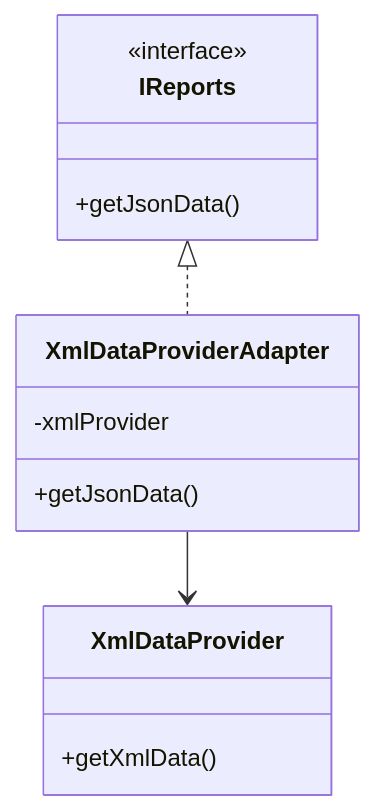
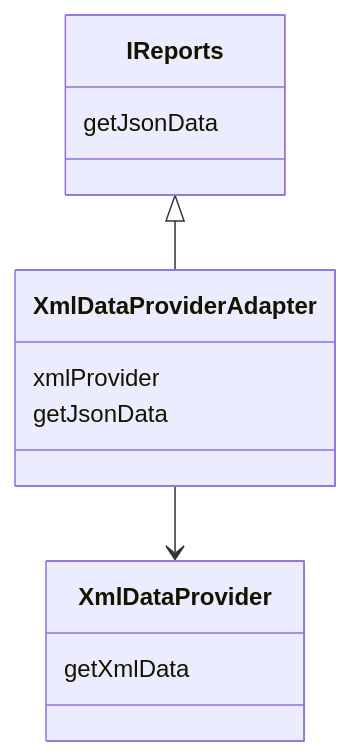
The sixth of 7 diagrams in src/content/lld-adapter-design-pattern.md (gojosatoru123-ux/CacheU), drawn with Mermaid before and after one commit. The commit also changed other lines of this file and 21 other files, not shown here.

````diff
--- a/src/content/lld-adapter-design-pattern.md
+++ b/src/content/lld-adapter-design-pattern.md
@@ -388,19 +383,18 @@
 ```mermaid
 classDiagram
-    class IReports {
-        <<interface>>
-        +getJsonData()
-    }
+class IReports {
+    getJsonData
+}
 
-    class XmlDataProvider {
-        +getXmlData()
-    }
+class XmlDataProvider {
+    getXmlData
+}
 
-    class XmlDataProviderAdapter {
-        -xmlProvider
-        +getJsonData()
-    }
+class XmlDataProviderAdapter {
+    xmlProvider
+    getJsonData
+}
 
-    IReports <|.. XmlDataProviderAdapter
-    XmlDataProviderAdapter --> XmlDataProvider
+IReports <|-- XmlDataProviderAdapter
+XmlDataProviderAdapter --> XmlDataProvider
 ```
````
